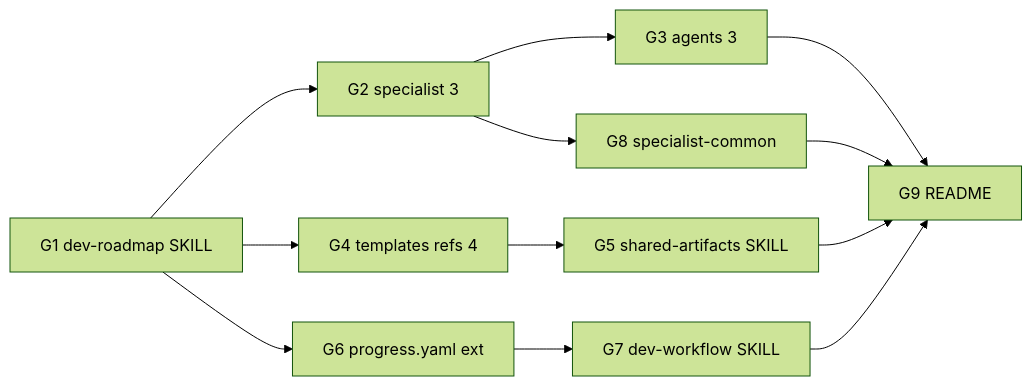
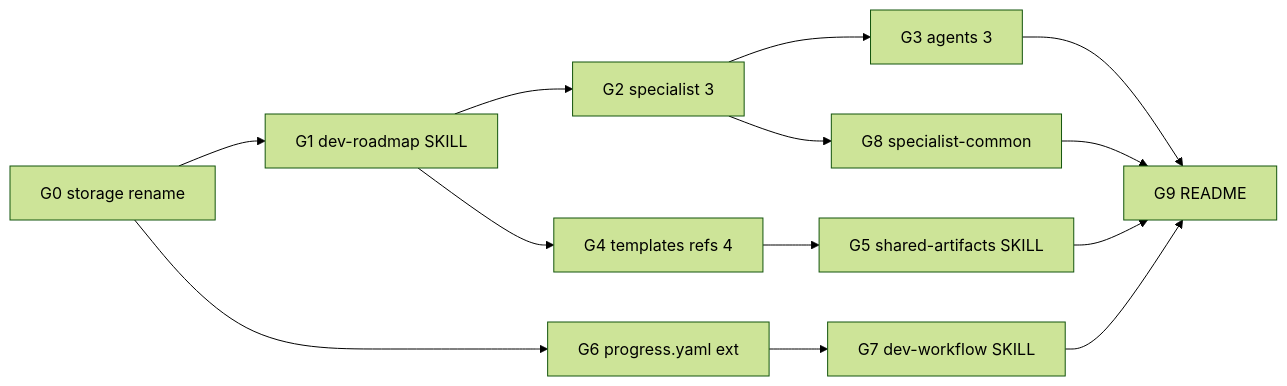
One commit to totto2727-org/monorepo changed the third of 3 diagrams in docs/dev-workflow/2026-04-29-add-dev-roadmap-skill/design.md. Above: the diagram before and after it, drawn with Mermaid (forest theme). The commit also changed other lines of this file and 1 other file, not shown here.

Commit message:
docs(dev-workflow/2026-04-29-add-dev-roadmap-skill): revise Step 3 (Design) post-rollback

````diff
--- a/docs/dev-workflow/2026-04-29-add-dev-roadmap-skill/design.md
+++ b/docs/dev-workflow/2026-04-29-add-dev-roadmap-skill/design.md
@@ -433,14 +486,15 @@
 ```mermaid
 graph LR
-    G1[G1 dev-roadmap SKILL] --> G2[G2 specialist 3]
+    G0[G0 storage rename] --> G1[G1 dev-roadmap SKILL]
+    G0 --> G6[G6 progress.yaml ext]
+    G1 --> G2[G2 specialist 3]
     G1 --> G4[G4 templates refs 4]
-    G1 --> G6[G6 progress.yaml ext]
     G2 --> G3[G3 agents 3]
     G2 --> G8[G8 specialist-common]
     G4 --> G5[G5 shared-artifacts SKILL]
     G6 --> G7[G7 dev-workflow SKILL]
     G3 --> G9[G9 README]
     G5 --> G9
     G7 --> G9
     G8 --> G9
 ```
````
